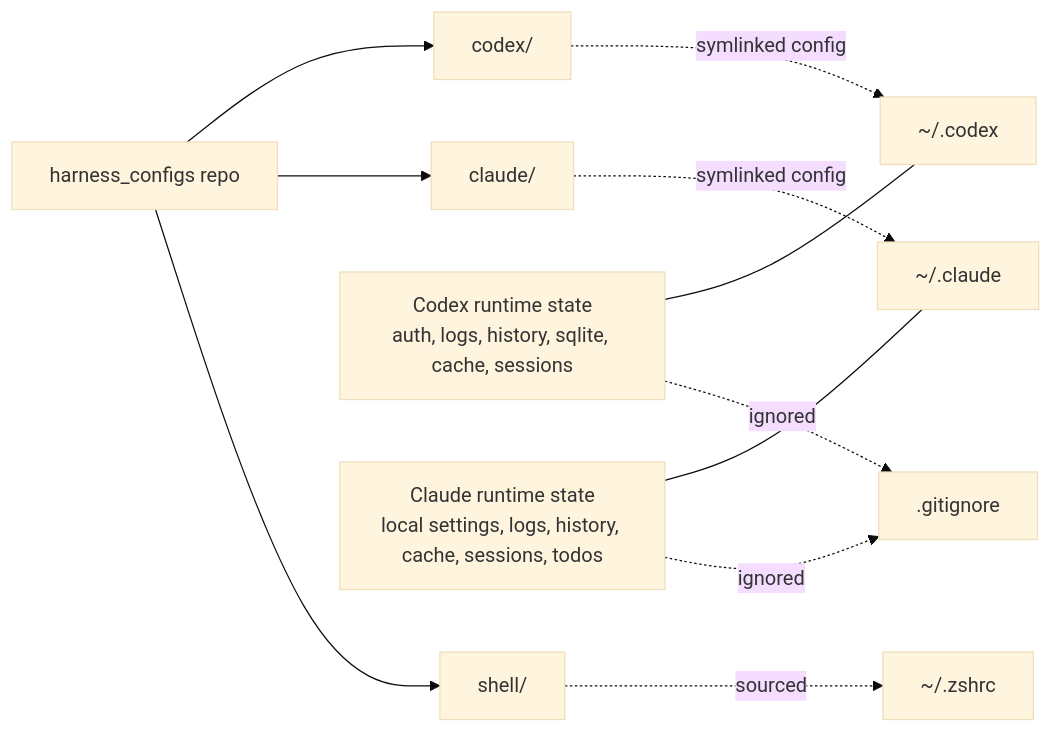
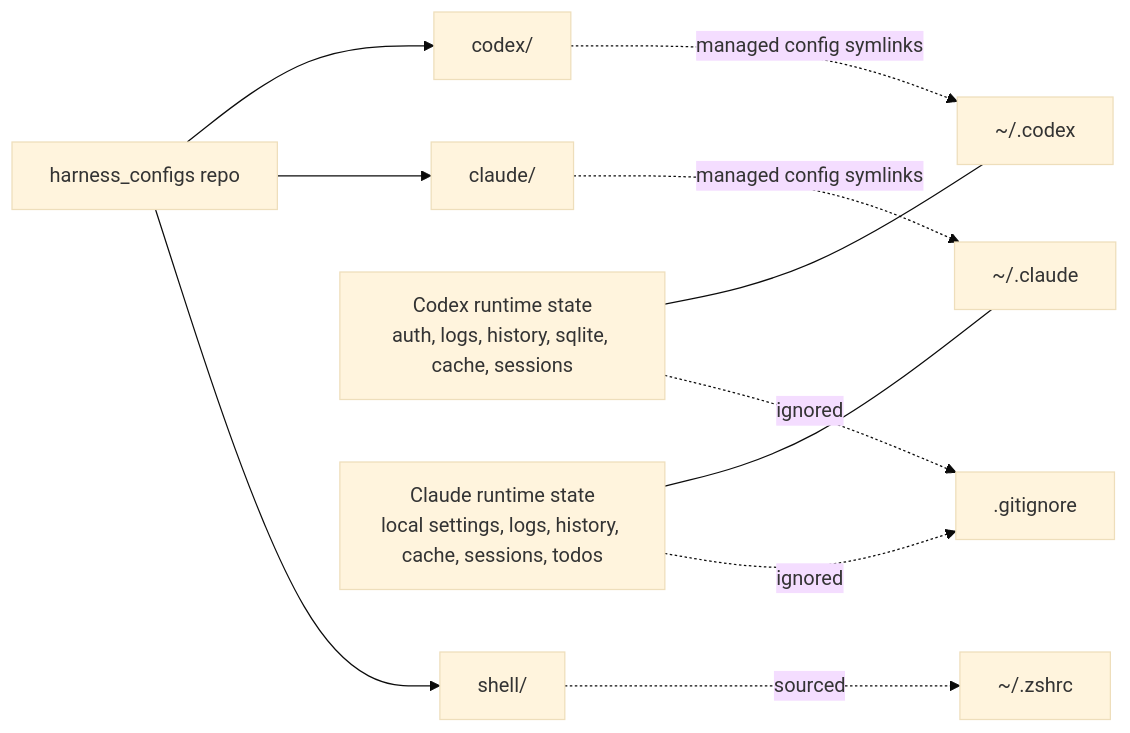
Before and after one commit to kirinmurphy/agent_harness_configs: the first of 2 diagrams in docs/architecture.md, drawn with Mermaid (base theme). The commit also changed other lines of this file and 14 other files, not shown here.

````diff
--- a/docs/architecture.md
+++ b/docs/architecture.md
@@ -5,27 +5,27 @@
 ```mermaid
 flowchart LR
   repo["harness_configs repo"]
   codexRepo["codex/"]
   claudeRepo["claude/"]
   codexHome["~/.codex"]
   claudeHome["~/.claude"]
   codexRuntime["Codex runtime state<br/>auth, logs, history, sqlite, cache, sessions"]
   claudeRuntime["Claude runtime state<br/>local settings, logs, history, cache, sessions, todos"]
 
   repo --> codexRepo
   repo --> claudeRepo
 
-  codexRepo -. symlinked config .-> codexHome
-  claudeRepo -. symlinked config .-> claudeHome
+  codexRepo -. managed config symlinks .-> codexHome
+  claudeRepo -. managed config symlinks .-> claudeHome
 
   codexRuntime --- codexHome
   claudeRuntime --- claudeHome
 
   codexRuntime -. ignored .-> gitignore[".gitignore"]
   claudeRuntime -. ignored .-> gitignore
 
   shellRepo["shell/"]
   zshrc["~/.zshrc"]
   repo --> shellRepo
   shellRepo -. sourced .-> zshrc
 ```
````
